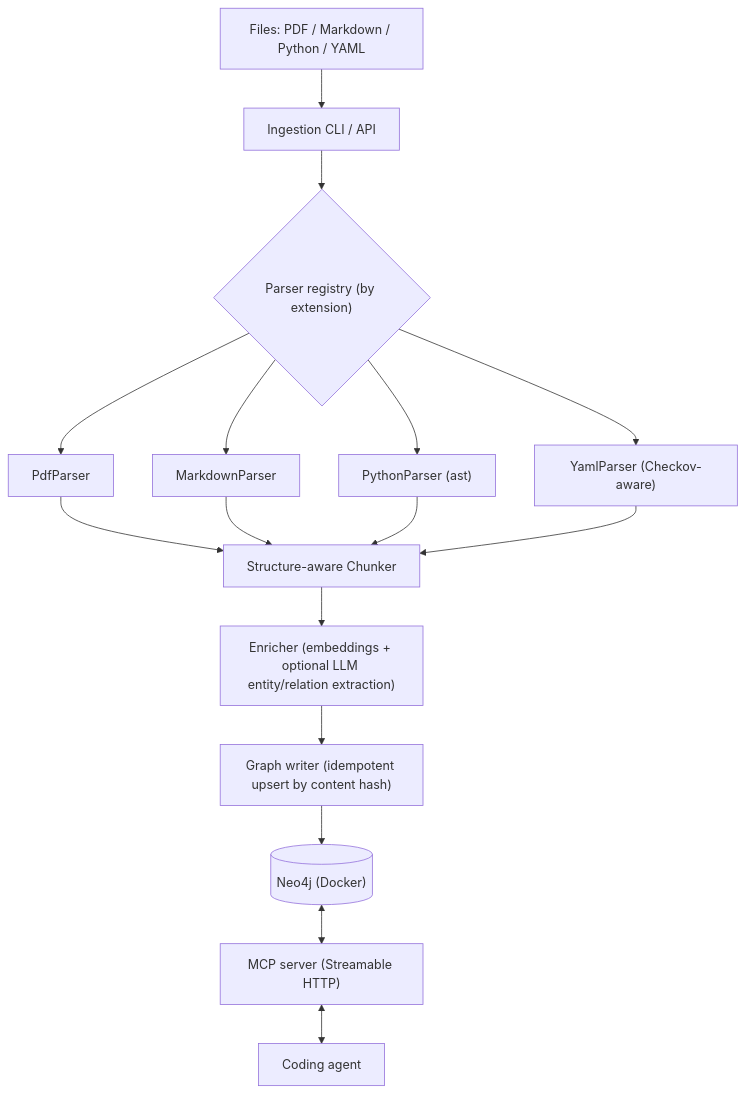
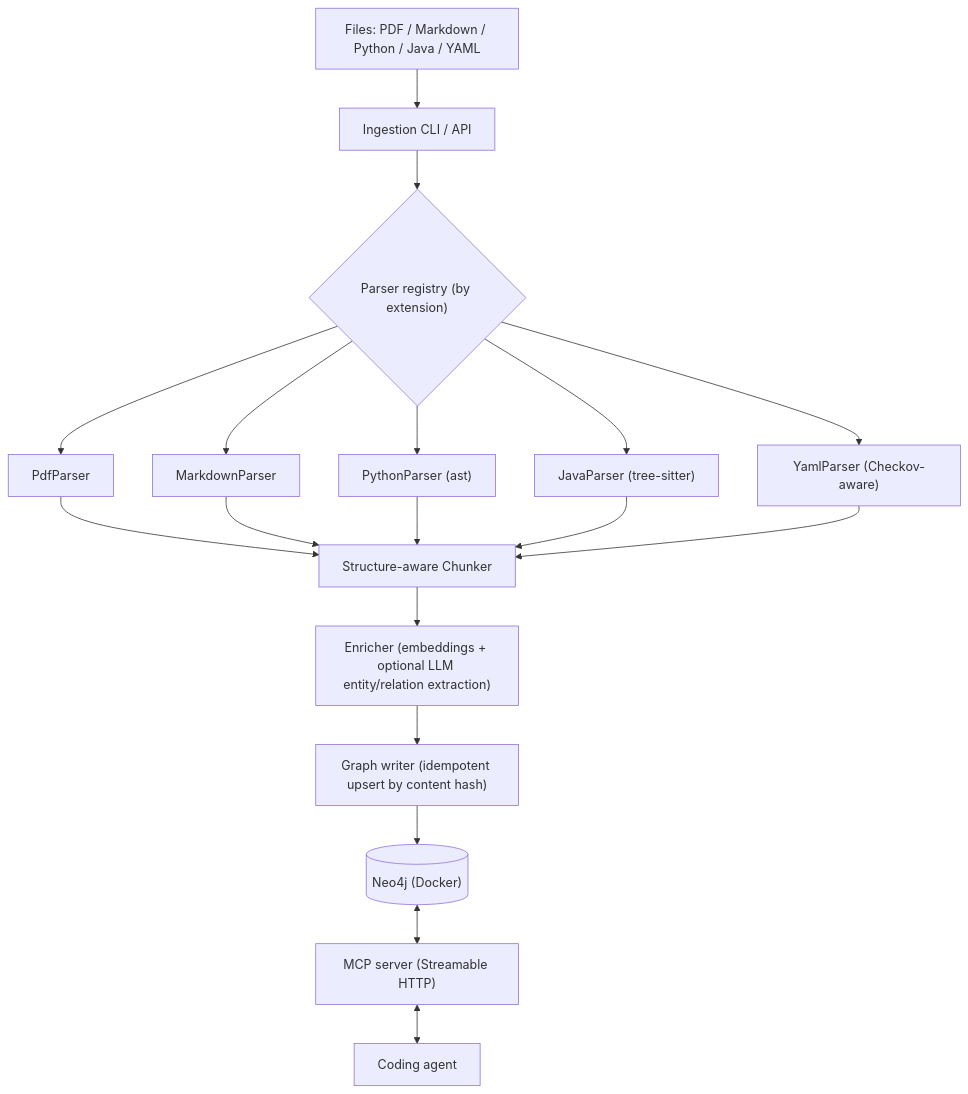
Before and after one commit to tmustafiz/graph-rag: the diagram in README.md, drawn with Mermaid. The commit also changed other lines of this file and 11 other files, not shown here.

First line of the commit message:
Java source parser (.java → CodeEntity + CALLS/IMPORTS) (#68)

````diff
--- a/README.md
+++ b/README.md
@@ -343,18 +345,20 @@
 ```mermaid
 flowchart TD
-    A["Files: PDF / Markdown / Python / YAML"] --> B["Ingestion CLI / API"]
+    A["Files: PDF / Markdown / Python / Java / YAML"] --> B["Ingestion CLI / API"]
     B --> C{"Parser registry (by extension)"}
     C --> C1["PdfParser"]
     C --> C2["MarkdownParser"]
     C --> C3["PythonParser (ast)"]
-    C --> C4["YamlParser (Checkov-aware)"]
+    C --> C4["JavaParser (tree-sitter)"]
+    C --> C5["YamlParser (Checkov-aware)"]
     C1 --> D["Structure-aware Chunker"]
     C2 --> D
     C3 --> D
     C4 --> D
+    C5 --> D
     D --> E["Enricher (embeddings + optional LLM entity/relation extraction)"]
     E --> F["Graph writer (idempotent upsert by content hash)"]
     F --> G[("Neo4j (Docker)")]
     G <--> H["MCP server (Streamable HTTP)"]
     H <--> I["Coding agent"]
 ```
````
